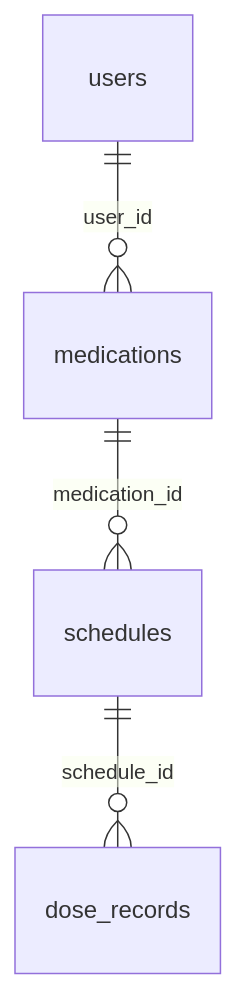
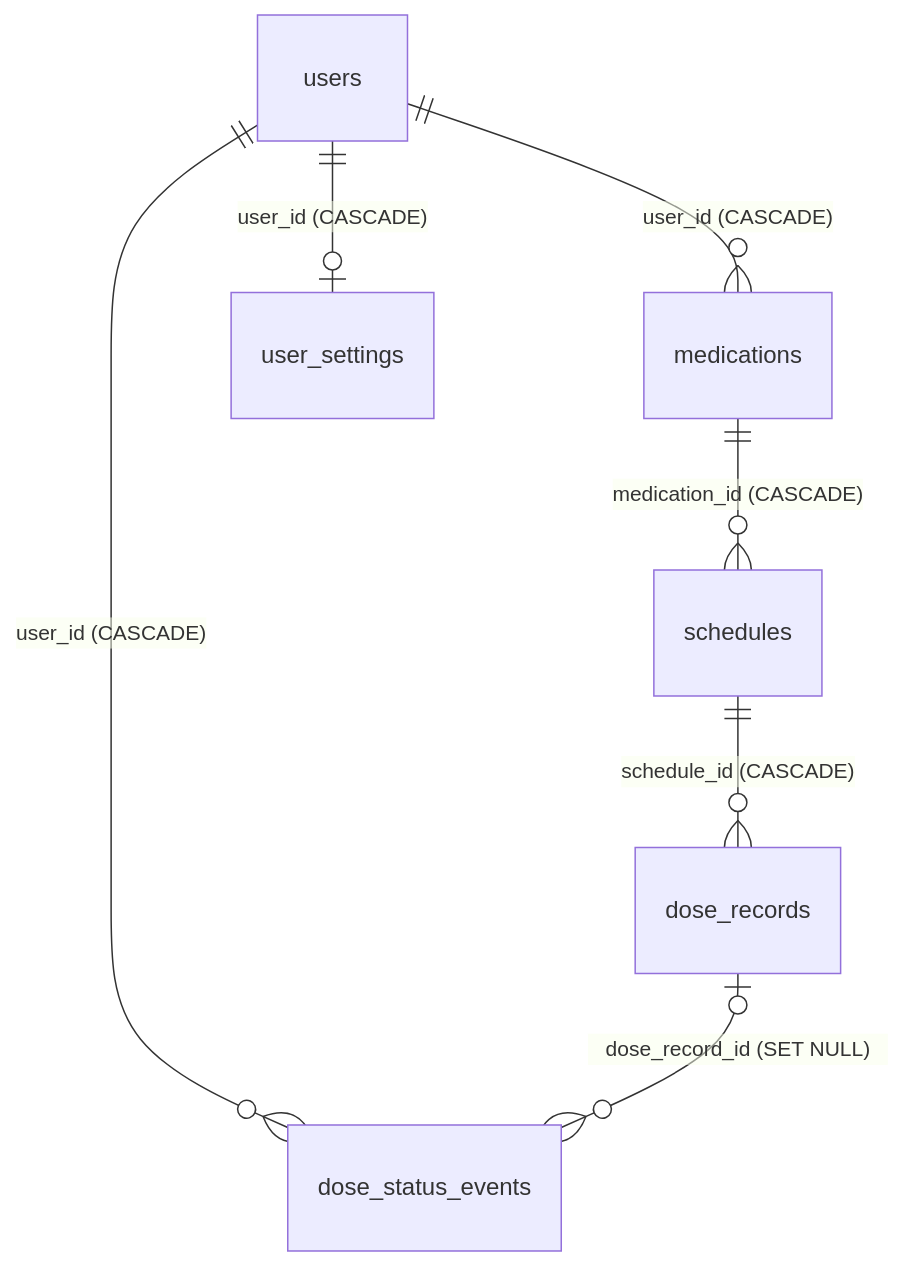
Before and after one commit to cau-medicheck/MediCheck: the diagram in docs/DB_DESIGN.md, drawn with Mermaid. The commit also changed other lines of this file and 79 other files, not shown here.

````diff
--- a/docs/DB_DESIGN.md
+++ b/docs/DB_DESIGN.md
@@ -43,6 +82,9 @@
 ```mermaid
 erDiagram
-    users ||--o{ medications : "user_id"
-    medications ||--o{ schedules : "medication_id"
-    schedules ||--o{ dose_records : "schedule_id"
+    users ||--o{ medications : "user_id (CASCADE)"
+    users ||--o| user_settings : "user_id (CASCADE)"
+    users ||--o{ dose_status_events : "user_id (CASCADE)"
+    medications ||--o{ schedules : "medication_id (CASCADE)"
+    schedules ||--o{ dose_records : "schedule_id (CASCADE)"
+    dose_records |o--o{ dose_status_events : "dose_record_id (SET NULL)"
 ```
````
